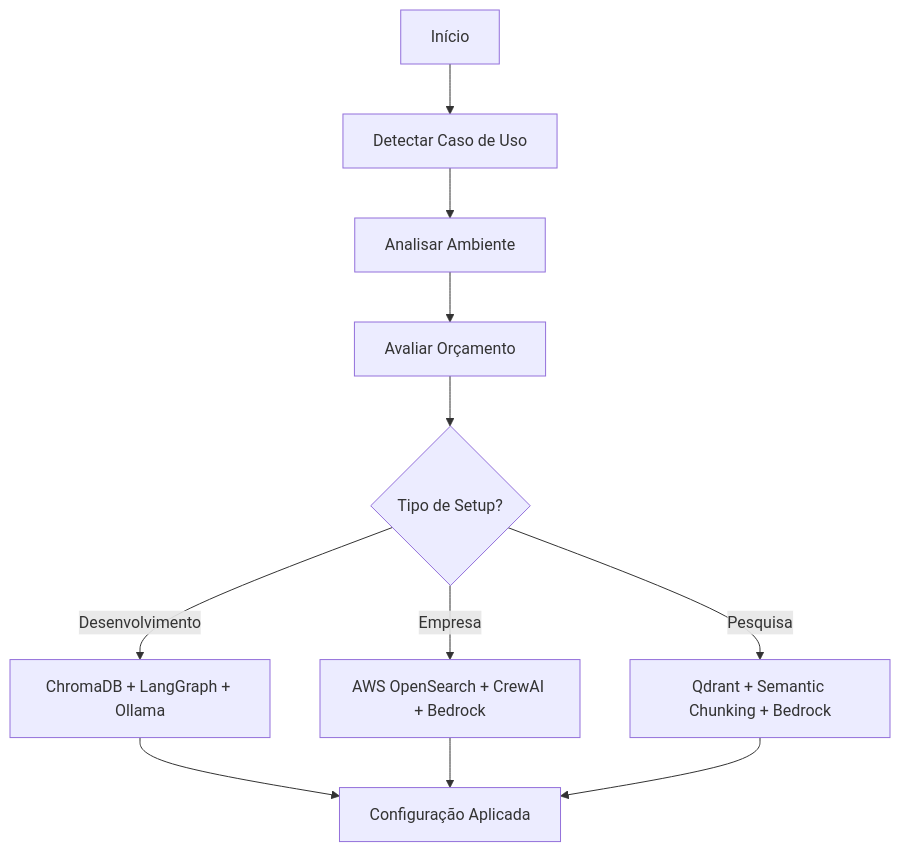
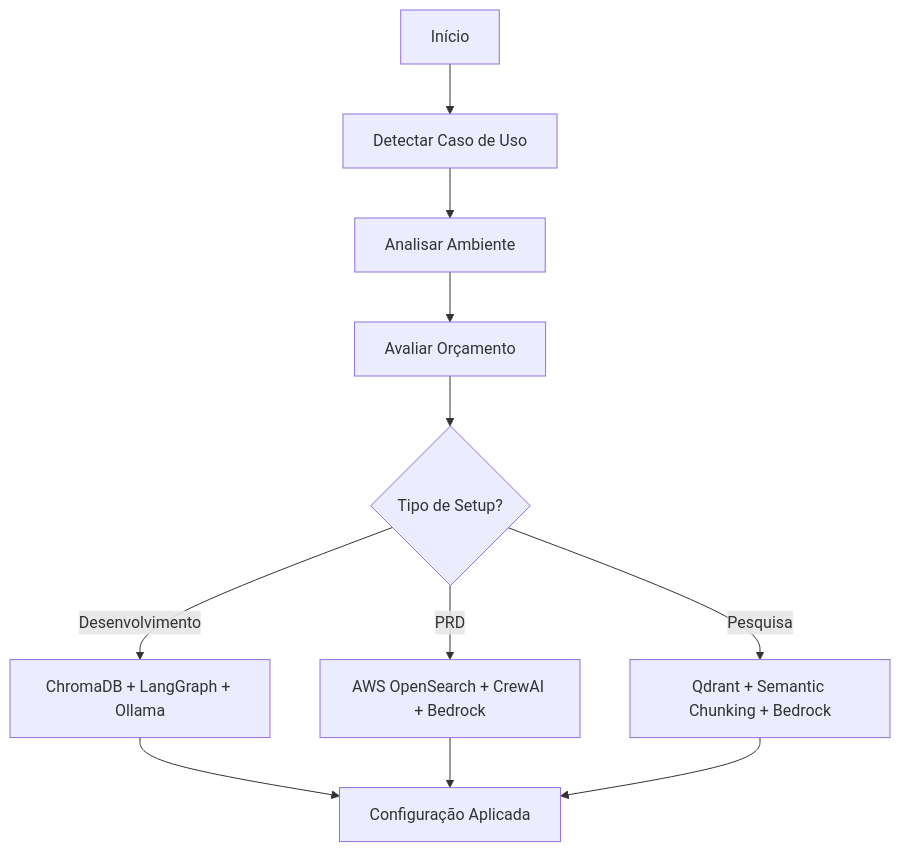
One commit to PatrickReis/agc-library changed the diagram in README.md. Above: the diagram before and after it, drawn with Mermaid. The commit also changed other lines of this file, not shown here.

````diff
--- a/README.md
+++ b/README.md
@@ -505,13 +505,13 @@
 ```mermaid
 graph TD
     A[Início] --> B[Detectar Caso de Uso]
     B --> C[Analisar Ambiente]
     C --> D[Avaliar Orçamento]
     D --> E{Tipo de Setup?}
     E -->|Desenvolvimento| F[ChromaDB + LangGraph + Ollama]
-    E -->|Empresa| G[AWS OpenSearch + CrewAI + Bedrock]
+    E -->|PRD| G[AWS OpenSearch + CrewAI + Bedrock]
     E -->|Pesquisa| H[Qdrant + Semantic Chunking + Bedrock]
     F --> I[Configuração Aplicada]
     G --> I
     H --> I
 ```
````
